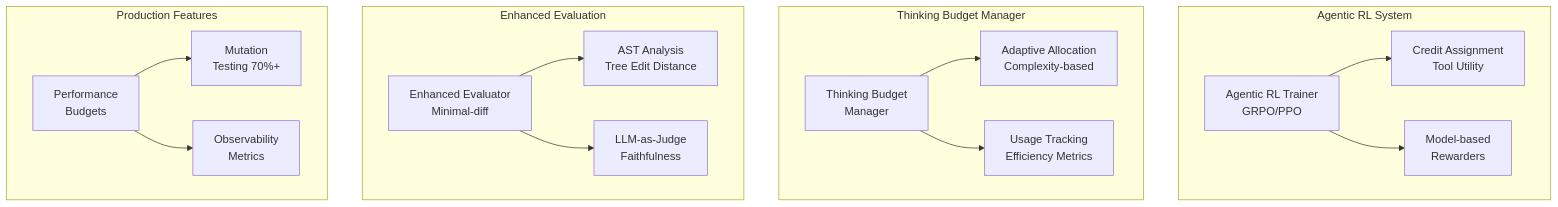
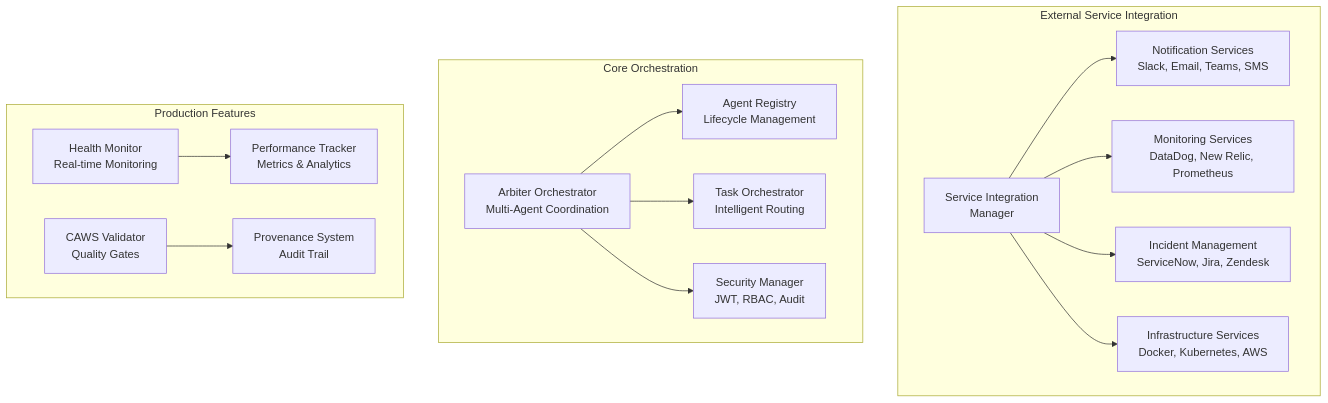
One commit to darianrosebrook/agent-agency changed the second of 2 diagrams in README.md. Above: the diagram before and after it, drawn with Mermaid. The commit also changed other lines of this file and 13 other files, not shown here.

````diff
--- a/README.md
+++ b/README.md
@@ -143,35 +191,34 @@
 ```mermaid
 graph TB
-    subgraph "Agentic RL System"
-        RL[Agentic RL Trainer<br/>GRPO/PPO]
-        CREDIT[Credit Assignment<br/>Tool Utility]
-        REWARD[Model-based<br/>Rewarders]
+    subgraph "External Service Integration"
+        ESI[Service Integration<br/>Manager]
+        NOTIF[Notification Services<br/>Slack, Email, Teams, SMS]
+        MONITOR[Monitoring Services<br/>DataDog, New Relic, Prometheus]
+        INCIDENT[Incident Management<br/>ServiceNow, Jira, Zendesk]
+        INFRA[Infrastructure Services<br/>Docker, Kubernetes, AWS]
     end
 
-    subgraph "Thinking Budget Manager"
-        TBM[Thinking Budget<br/>Manager]
-        ADAPT[Adaptive Allocation<br/>Complexity-based]
-        TRACK[Usage Tracking<br/>Efficiency Metrics]
-    end
-
-    subgraph "Enhanced Evaluation"
-        EE[Enhanced Evaluator<br/>Minimal-diff]
-        AST[AST Analysis<br/>Tree Edit Distance]
-        JUDGE[LLM-as-Judge<br/>Faithfulness]
+    subgraph "Core Orchestration"
+        ORCH[Arbiter Orchestrator<br/>Multi-Agent Coordination]
+        REGISTRY[Agent Registry<br/>Lifecycle Management]
+        TASK[Task Orchestrator<br/>Intelligent Routing]
+        SECURITY[Security Manager<br/>JWT, RBAC, Audit]
     end
 
     subgraph "Production Features"
-        PERF[Performance<br/>Budgets]
-        MUT[Mutation<br/>Testing 70%+]
-        OBS[Observability<br/>Metrics]
+        HEALTH[Health Monitor<br/>Real-time Monitoring]
+        PERFORMANCE[Performance Tracker<br/>Metrics & Analytics]
+        VALIDATOR[CAWS Validator<br/>Quality Gates]
+        PROVENANCE[Provenance System<br/>Audit Trail]
     end
 
-    RL --> CREDIT
-    RL --> REWARD
-    TBM --> ADAPT
-    TBM --> TRACK
-    EE --> AST
-    EE --> JUDGE
-    PERF --> MUT
-    PERF --> OBS
+    ESI --> NOTIF
+    ESI --> MONITOR
+    ESI --> INCIDENT
+    ESI --> INFRA
+    ORCH --> REGISTRY
+    ORCH --> TASK
+    ORCH --> SECURITY
+    HEALTH --> PERFORMANCE
+    VALIDATOR --> PROVENANCE
 ```
````
